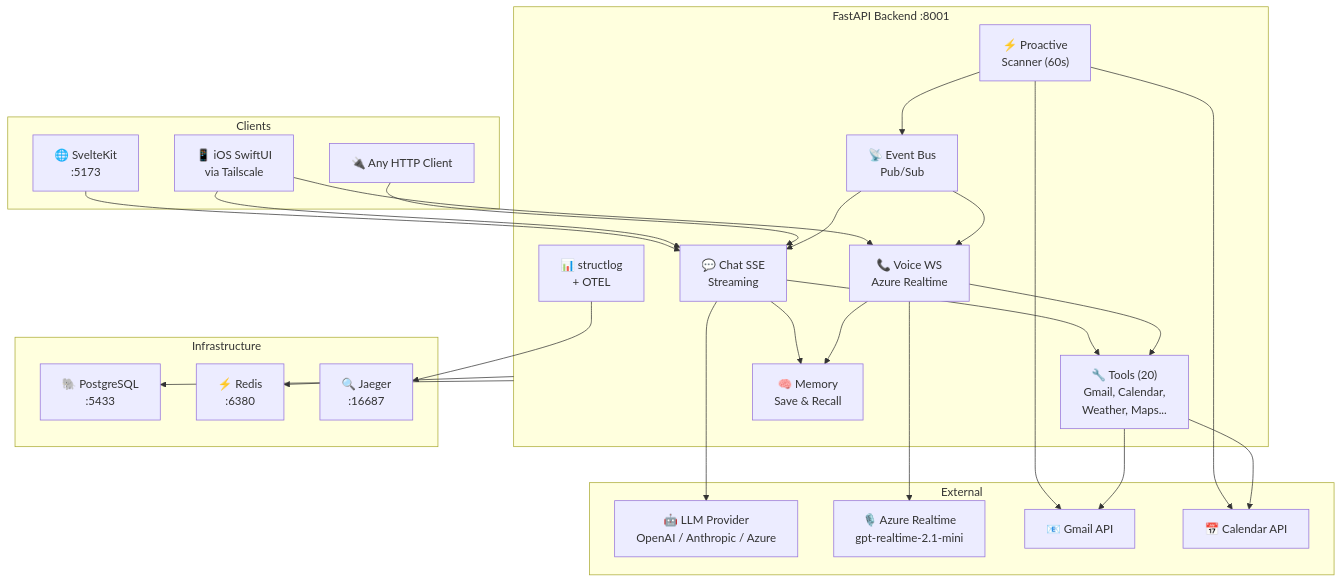
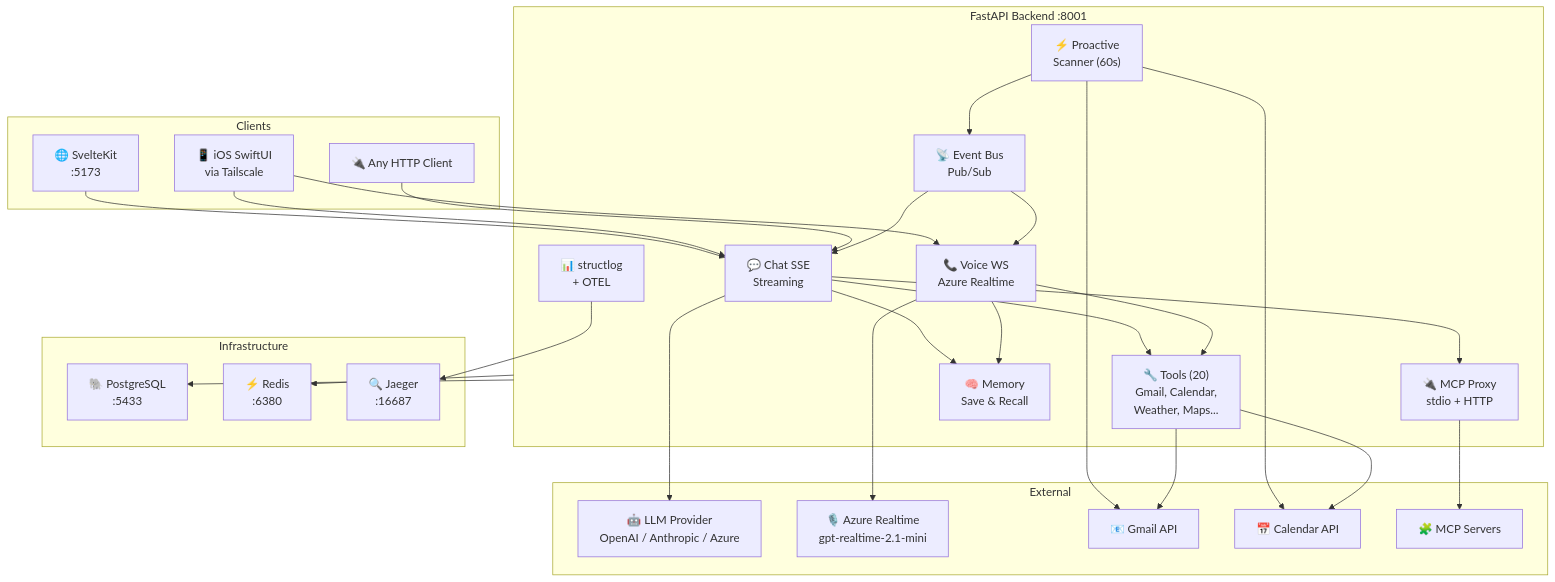
One commit to levalencia/motes changed the first of 3 diagrams in README.md. Above: the diagram before and after it, drawn with Mermaid. The commit also changed other lines of this file and 11 other files, not shown here.

````diff
--- a/README.md
+++ b/README.md
@@ -282,52 +165,56 @@
 ```mermaid
 graph TB
     subgraph Clients
         Web["🌐 SvelteKit<br/>:5173"]
         iOS["📱 iOS SwiftUI<br/>via Tailscale"]
         API["🔌 Any HTTP Client"]
     end
 
     subgraph Backend["FastAPI Backend :8001"]
         Chat["💬 Chat SSE<br/>Streaming"]
         Voice["📞 Voice WS<br/>Azure Realtime"]
         Tools["🔧 Tools (20)<br/>Gmail, Calendar,<br/>Weather, Maps..."]
+        MCP["🔌 MCP Proxy<br/>stdio + HTTP"]
         Memory["🧠 Memory<br/>Save & Recall"]
         Proactive["⚡ Proactive<br/>Scanner (60s)"]
         EventBus["📡 Event Bus<br/>Pub/Sub"]
         Logging["📊 structlog<br/>+ OTEL"]
     end
 
     subgraph Infrastructure
         PG["🐘 PostgreSQL<br/>:5433"]
         Redis["⚡ Redis<br/>:6380"]
         Jaeger["🔍 Jaeger<br/>:16687"]
     end
 
     subgraph External
         LLM["🤖 LLM Provider<br/>OpenAI / Anthropic / Azure"]
         AzureRT["🎙️ Azure Realtime<br/>gpt-realtime-2.1-mini"]
         Gmail["📧 Gmail API"]
         CalAPI["📅 Calendar API"]
+        MCPServers["🧩 MCP Servers"]
     end
 
     Web --> Chat
     iOS --> Chat
     iOS --> Voice
     API --> Chat
     Chat --> Tools
     Chat --> Memory
+    Chat --> MCP
     Voice --> Tools
     Voice --> Memory
     Voice --> AzureRT
     Chat --> LLM
+    MCP --> MCPServers
     Proactive --> EventBus
     EventBus --> Chat
     EventBus --> Voice
     Proactive --> Gmail
     Proactive --> CalAPI
     Tools --> Gmail
     Tools --> CalAPI
     Backend --> PG
     Backend --> Redis
     Logging --> Jaeger
 ```
````
